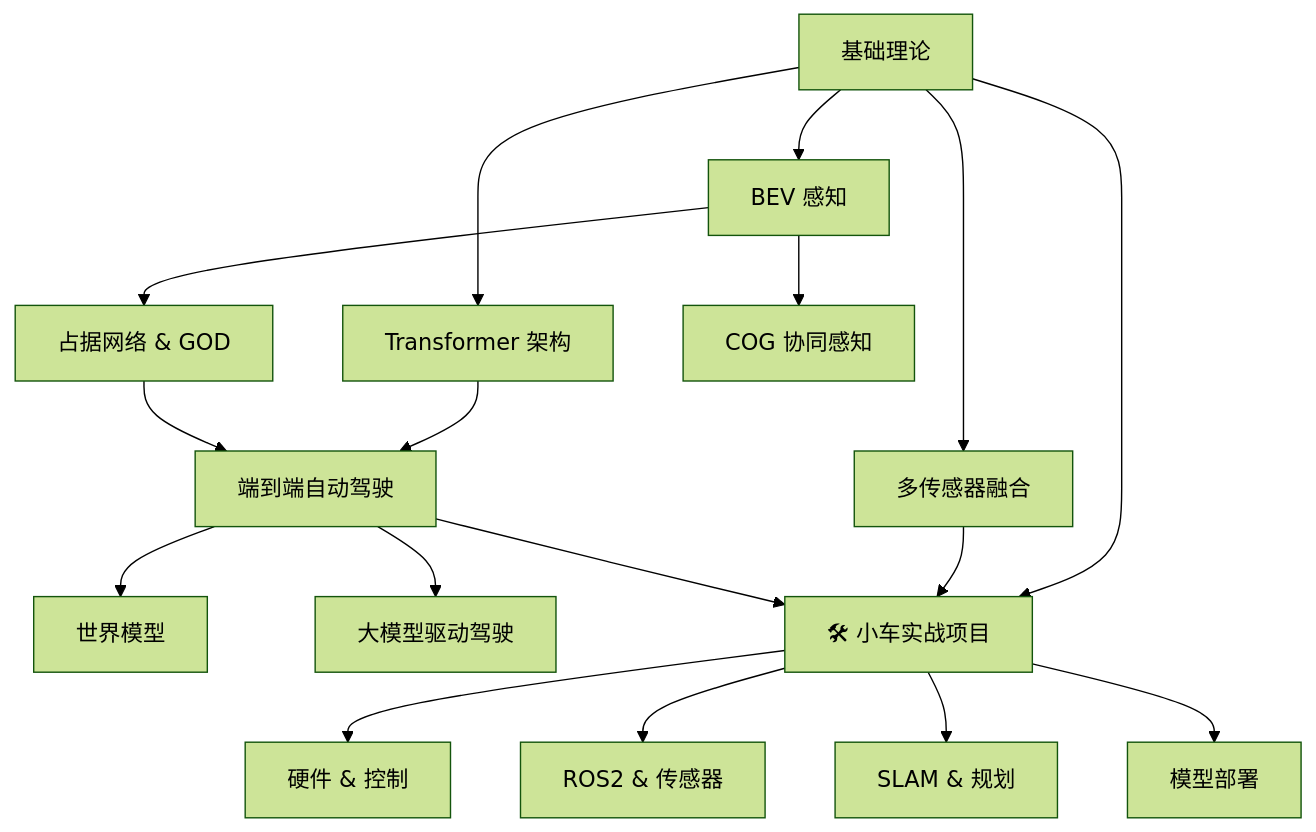
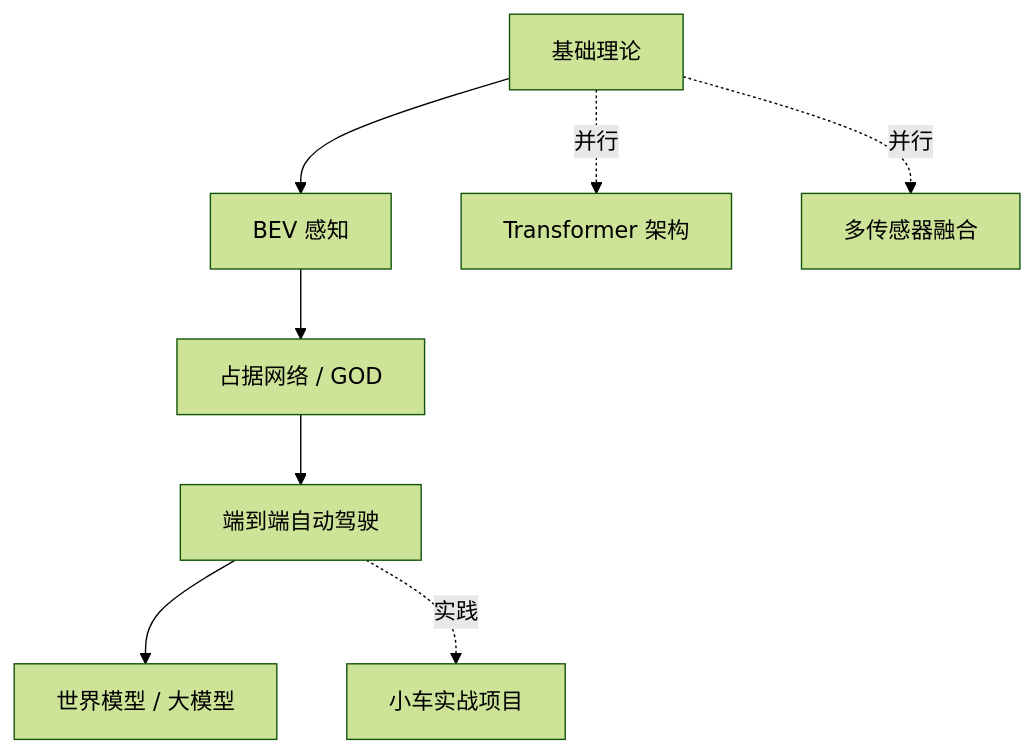
Before and after one commit to salad18/AutoDriveLearningNote: the diagram in 000-知识库地图.md, drawn with Mermaid (forest theme). The commit also changed other lines of this file and 40 other files, not shown here.

First line of the commit message:
docs: 新增数据闭环/面试/热点系列笔记，mermaid 图统一竖排

````diff
--- a/000-知识库地图.md
+++ b/000-知识库地图.md
@@ -17,19 +17,10 @@
 ```mermaid
-graph TD
+flowchart TD
     A[基础理论] --> B[BEV 感知]
-    A --> C[多传感器融合]
-    A --> D[Transformer 架构]
-    B --> E[占据网络 & GOD]
-    B --> F[COG 协同感知]
-    D --> G[端到端自动驾驶]
-    E --> G
-    G --> H[世界模型]
-    G --> I[大模型驱动驾驶]
-    A --> P[🛠 小车实战项目]
-    C --> P
-    G --> P
-    P --> Q[硬件 & 控制]
-    P --> R[ROS2 & 传感器]
-    P --> S[SLAM & 规划]
-    P --> T[模型部署]
+    B --> E[占据网络 / GOD]
+    E --> G[端到端自动驾驶]
+    G --> H[世界模型 / 大模型]
+    A -.并行.-> D[Transformer 架构]
+    A -.并行.-> C[多传感器融合]
+    G -.实践.-> P[小车实战项目]
 ```
````
